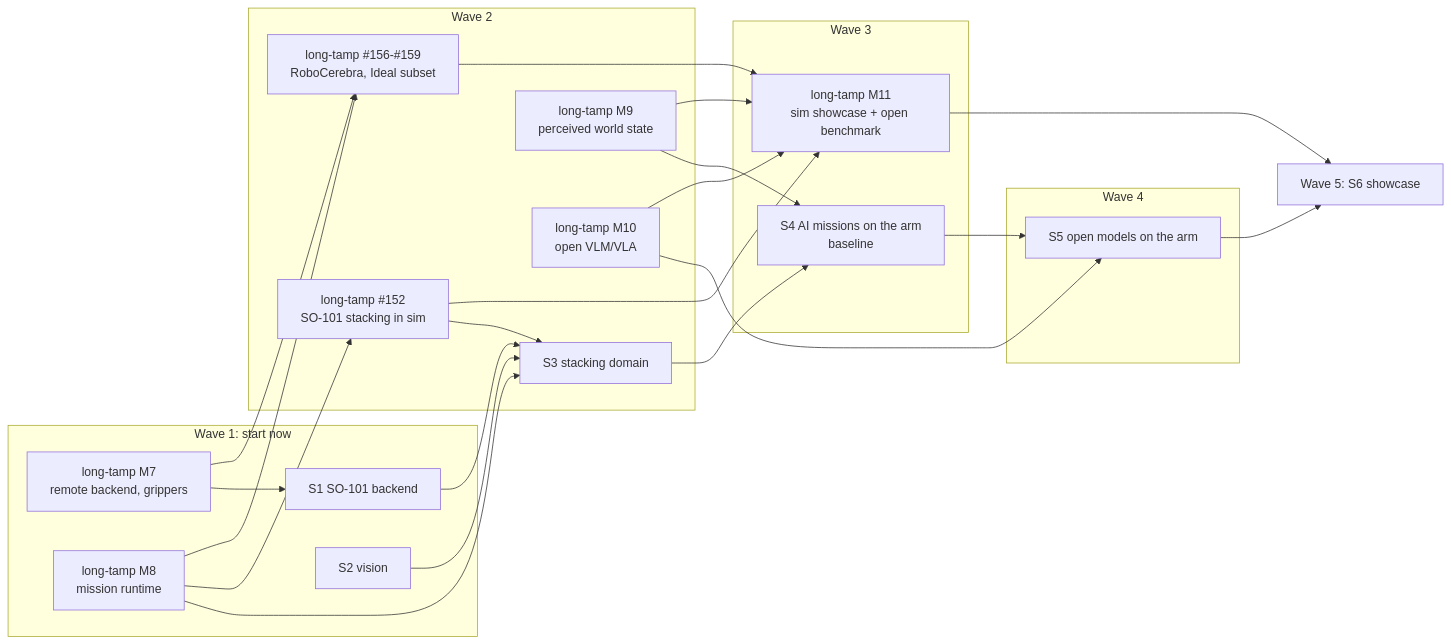
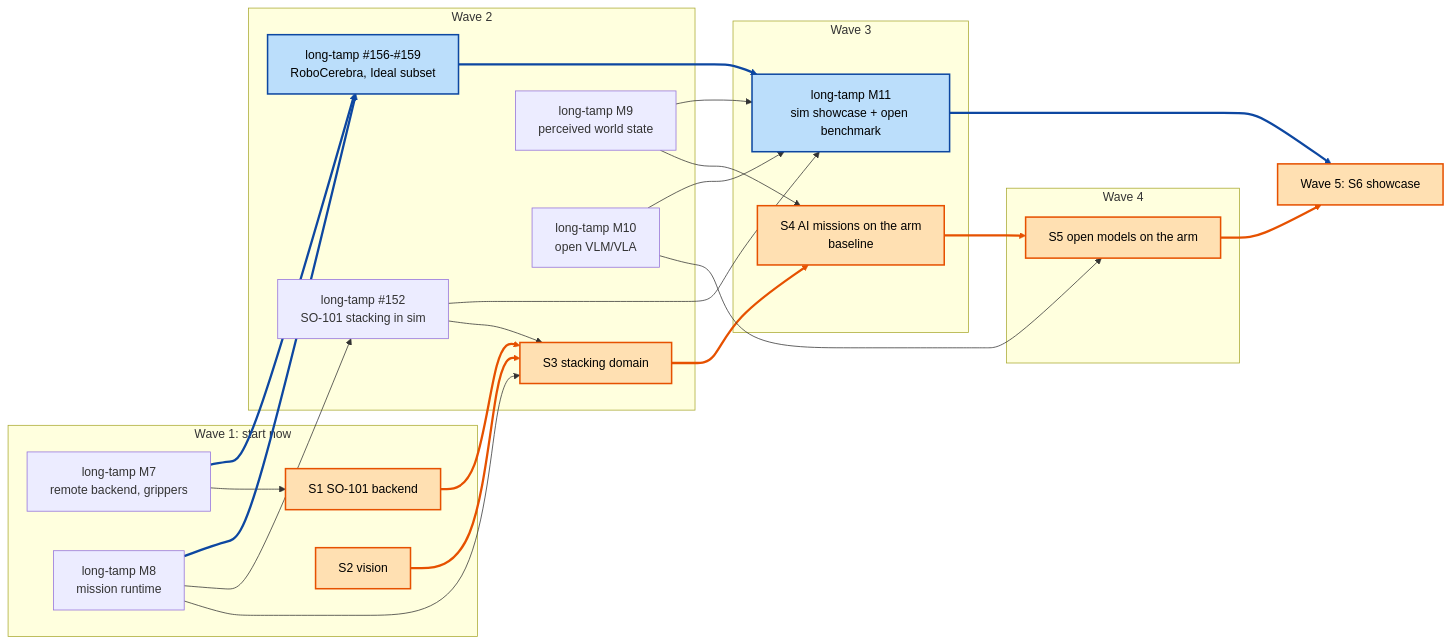
The diagram in docs/roadmap.md (thanhndv212/soarm_tamp), drawn with Mermaid before and after one commit. The commit also changed other lines of this file, not shown here.

Commit message:
docs(roadmap): colour the hardware and benchmark paths in the delivery plan

````diff
--- a/docs/roadmap.md
+++ b/docs/roadmap.md
@@ -90,42 +90,48 @@
 ```mermaid
 flowchart LR
   subgraph W1[Wave 1: start now]
     M7[long-tamp M7<br/>remote backend, grippers]
     S1[S1 SO-101 backend]
     S2[S2 vision]
     M8[long-tamp M8<br/>mission runtime]
   end
   subgraph W2[Wave 2]
     S3[S3 stacking domain]
     M9[long-tamp M9<br/>perceived world state]
     M10[long-tamp M10<br/>open VLM/VLA]
     SIM[long-tamp #152<br/>SO-101 stacking in sim]
     RC[long-tamp #156-#159<br/>RoboCerebra, Ideal subset]
   end
   subgraph W3[Wave 3]
     S4[S4 AI missions on the arm<br/>baseline]
     M11[long-tamp M11<br/>sim showcase + open benchmark]
   end
   subgraph W4[Wave 4]
     S5[S5 open models on the arm]
   end
   S6[Wave 5: S6 showcase]
   M7 --> S1
   M8 --> S3
   S1 --> S3
   S2 --> S3
   M9 --> S4
   S3 --> S4
   S4 --> S5
   M10 --> S5
   M9 --> M11
   M10 --> M11
   M8 --> SIM
   SIM --> S3
   SIM --> M11
   M7 --> RC
   M8 --> RC
   RC --> M11
   M11 --> S6
   S5 --> S6
+  classDef hw fill:#ffe0b2,stroke:#e65100,stroke-width:2px,color:#000
+  classDef bench fill:#bbdefb,stroke:#0d47a1,stroke-width:2px,color:#000
+  class S1,S2,S3,S4,S5,S6 hw
+  class RC,M11 bench
+  linkStyle 2,3,5,6,17 stroke:#e65100,stroke-width:3px
+  linkStyle 13,14,15,16 stroke:#0d47a1,stroke-width:3px
 ```
````
